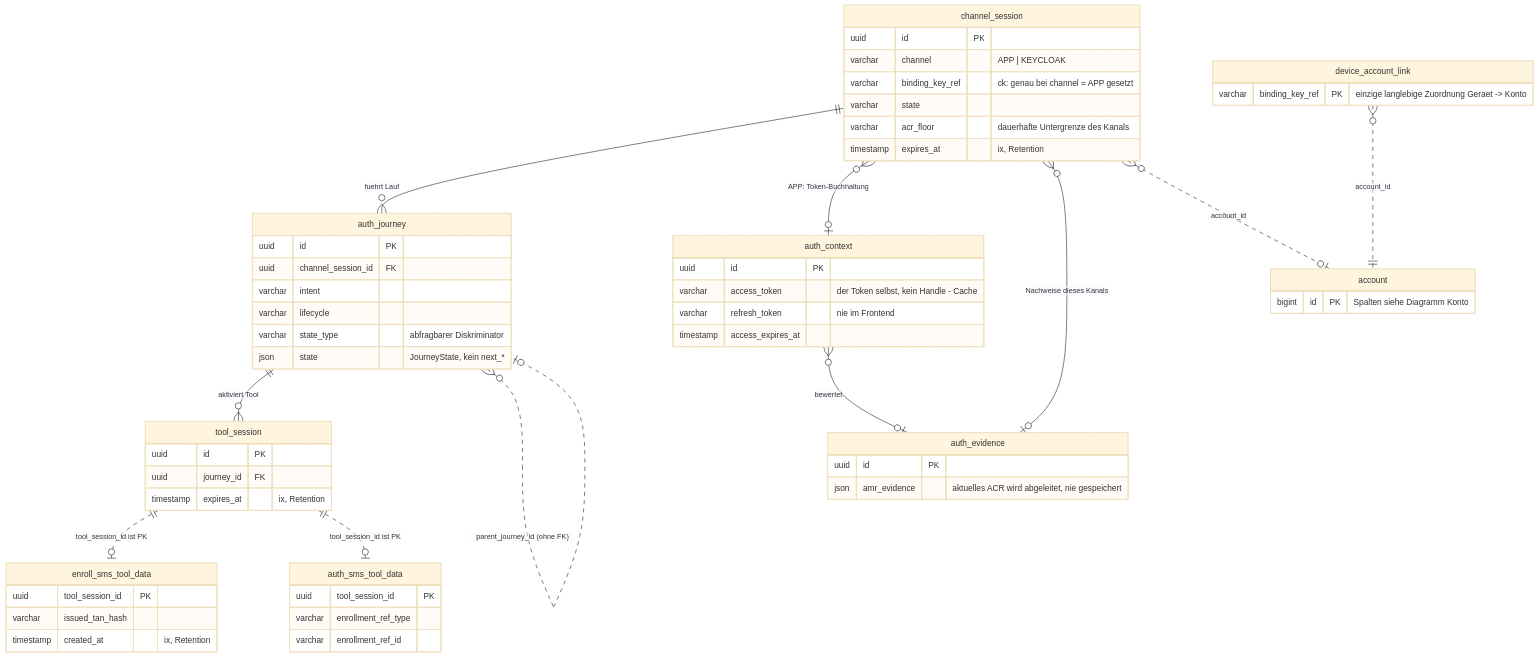
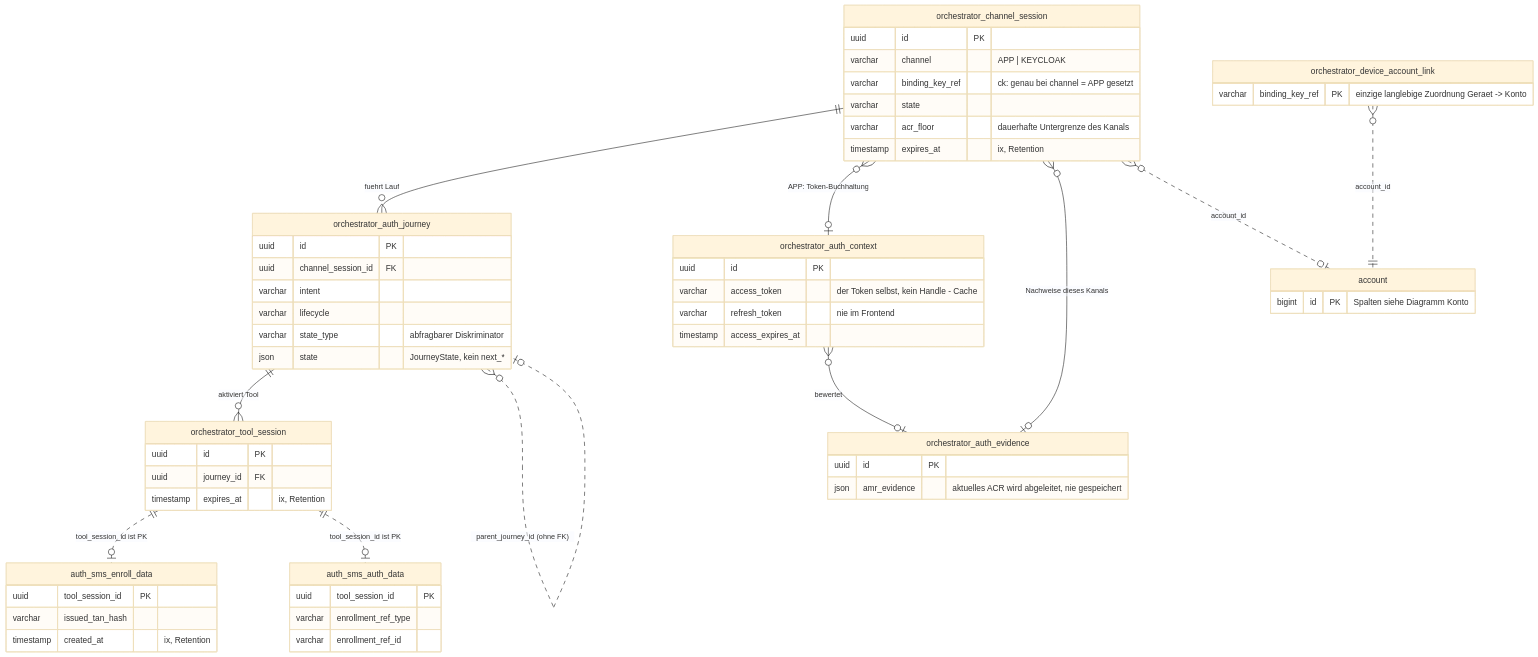
One commit to rpreissel/DPoP-demo changed the fifth of 5 diagrams in docs/02-domaenenmodell.md. Above: the diagram before and after it, drawn with Mermaid (base theme). The commit also changed other lines of this file and 59 other files, not shown here.

````diff
--- a/docs/02-domaenenmodell.md
+++ b/docs/02-domaenenmodell.md
@@ -234,61 +234,61 @@
 ```mermaid
 erDiagram
-  channel_session ||--o{ auth_journey : "fuehrt Lauf"
-  auth_journey ||--o{ tool_session : "aktiviert Tool"
-  channel_session }o--o| auth_context : "APP: Token-Buchhaltung"
-  channel_session }o--o| auth_evidence : "Nachweise dieses Kanals"
-  auth_context }o--o| auth_evidence : "bewertet"
-  auth_journey }o..o| auth_journey : "parent_journey_id (ohne FK)"
-  tool_session ||..o| enroll_sms_tool_data : "tool_session_id ist PK"
-  tool_session ||..o| auth_sms_tool_data : "tool_session_id ist PK"
-  channel_session }o..o| account : "account_id"
-  device_account_link }o..|| account : "account_id"
+  orchestrator_channel_session ||--o{ orchestrator_auth_journey : "fuehrt Lauf"
+  orchestrator_auth_journey ||--o{ orchestrator_tool_session : "aktiviert Tool"
+  orchestrator_channel_session }o--o| orchestrator_auth_context : "APP: Token-Buchhaltung"
+  orchestrator_channel_session }o--o| orchestrator_auth_evidence : "Nachweise dieses Kanals"
+  orchestrator_auth_context }o--o| orchestrator_auth_evidence : "bewertet"
+  orchestrator_auth_journey }o..o| orchestrator_auth_journey : "parent_journey_id (ohne FK)"
+  orchestrator_tool_session ||..o| auth_sms_enroll_data : "tool_session_id ist PK"
+  orchestrator_tool_session ||..o| auth_sms_auth_data : "tool_session_id ist PK"
+  orchestrator_channel_session }o..o| account : "account_id"
+  orchestrator_device_account_link }o..|| account : "account_id"
 
-  channel_session {
+  orchestrator_channel_session {
     uuid id PK
     varchar channel "APP | KEYCLOAK"
     varchar binding_key_ref "ck: genau bei channel = APP gesetzt"
     varchar state
     varchar acr_floor "dauerhafte Untergrenze des Kanals"
     timestamp expires_at "ix, Retention"
   }
-  auth_journey {
+  orchestrator_auth_journey {
     uuid id PK
     uuid channel_session_id FK
     varchar intent
     varchar lifecycle
     varchar state_type "abfragbarer Diskriminator"
     json state "JourneyState, kein next_*"
   }
-  tool_session {
+  orchestrator_tool_session {
     uuid id PK
     uuid journey_id FK
     timestamp expires_at "ix, Retention"
   }
-  auth_context {
+  orchestrator_auth_context {
     uuid id PK
     varchar access_token "der Token selbst, kein Handle - Cache"
     varchar refresh_token "nie im Frontend"
     timestamp access_expires_at
   }
-  auth_evidence {
+  orchestrator_auth_evidence {
     uuid id PK
     json amr_evidence "aktuelles ACR wird abgeleitet, nie gespeichert"
   }
-  device_account_link {
+  orchestrator_device_account_link {
     varchar binding_key_ref PK "einzige langlebige Zuordnung Geraet -> Konto"
   }
   account {
     bigint id PK "Spalten siehe Diagramm Konto"
   }
-  enroll_sms_tool_data {
+  auth_sms_enroll_data {
     uuid tool_session_id PK
     varchar issued_tan_hash
     timestamp created_at "ix, Retention"
   }
-  auth_sms_tool_data {
+  auth_sms_auth_data {
     uuid tool_session_id PK
     varchar enrollment_ref_type
     varchar enrollment_ref_id
   }
 ```
````
